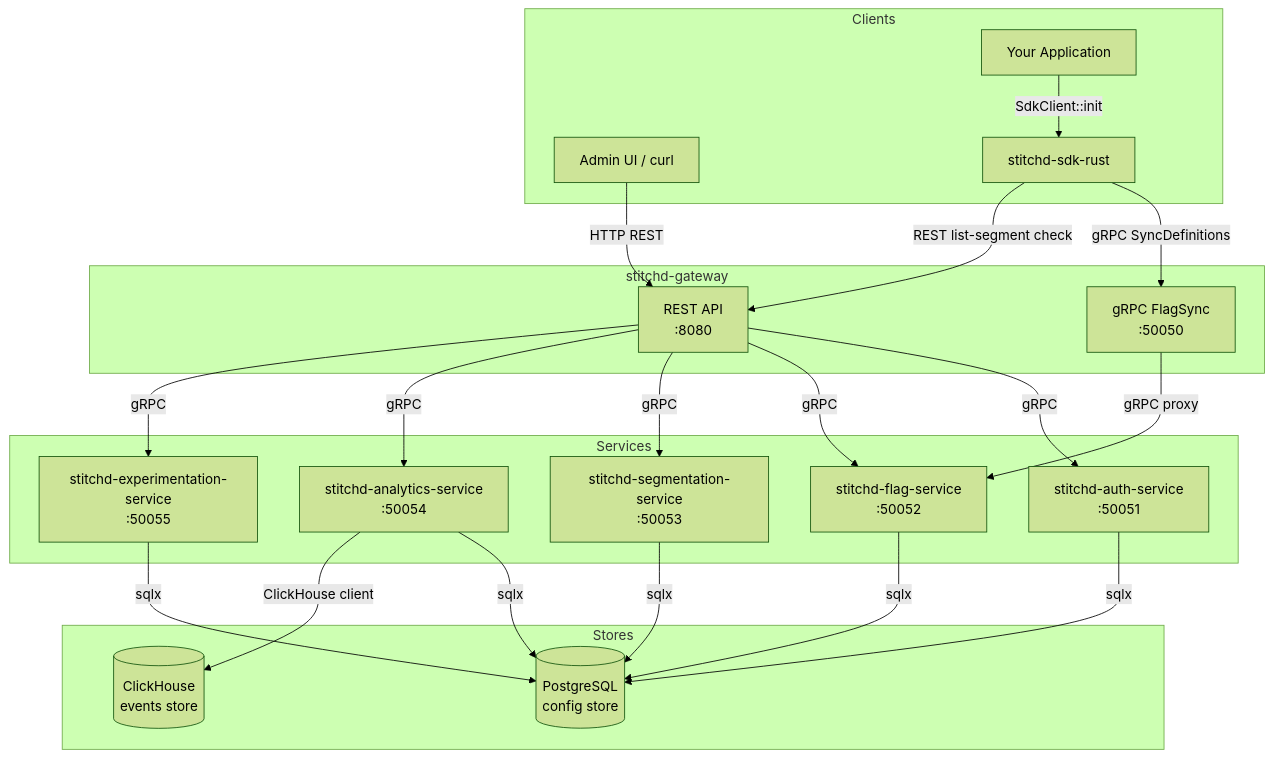
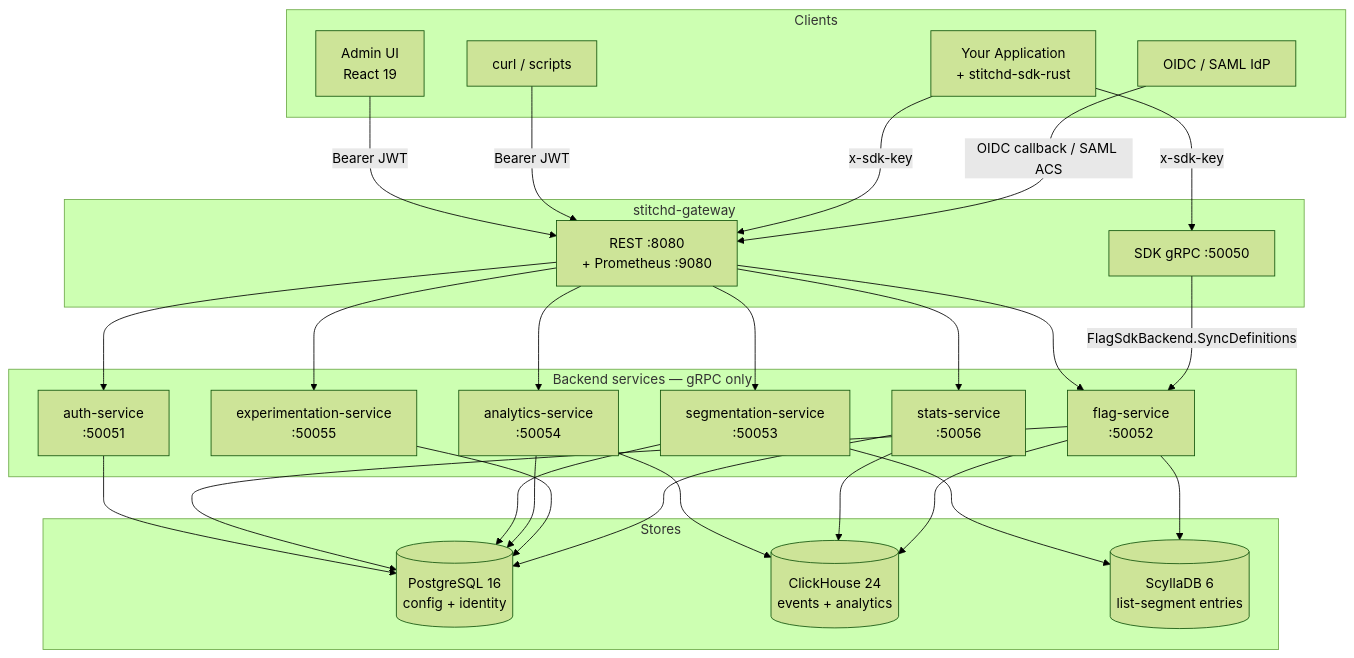
The diagram in docs/src/architecture/README.md (stitchd-dev/feature-flag), drawn with Mermaid (forest theme) before and after one commit. The commit also changed other lines of this file and 24 other files, not shown here.

````diff
--- a/docs/src/architecture/README.md
+++ b/docs/src/architecture/README.md
@@ -8,45 +9,56 @@
 ```mermaid
 graph TB
     subgraph Clients
-        AdminUI[Admin UI / curl]
-        App[Your Application]
-        SDK[stitchd-sdk-rust]
+        UI[Admin UI<br/>React 19]
+        CLI[curl / scripts]
+        APP[Your Application<br/>+ stitchd-sdk-rust]
+        IDP[OIDC / SAML IdP]
     end
 
     subgraph Gateway["stitchd-gateway"]
-        REST[REST API\n:8080]
-        GRPC_GW[gRPC FlagSync\n:50050]
+        REST[REST :8080<br/>+ Prometheus :9080]
+        SDKGRPC[SDK gRPC :50050]
     end
 
-    subgraph Services
-        AS[stitchd-auth-service\n:50051]
-        FS[stitchd-flag-service\n:50052]
-        SS[stitchd-segmentation-service\n:50053]
-        ANS[stitchd-analytics-service\n:50054]
-        XS[stitchd-experimentation-service\n:50055]
+    subgraph Backend["Backend services — gRPC only"]
+        AUTH[auth-service<br/>:50051]
+        FLAG[flag-service<br/>:50052]
+        SEG[segmentation-service<br/>:50053]
+        ANL[analytics-service<br/>:50054]
+        EXP[experimentation-service<br/>:50055]
+        ST[stats-service<br/>:50056]
     end
 
     subgraph Stores
-        PG[(PostgreSQL\nconfig store)]
-        CH[(ClickHouse\nevents store)]
+        PG[(PostgreSQL 16<br/>config + identity)]
+        CH[(ClickHouse 24<br/>events + analytics)]
+        SCY[(ScyllaDB 6<br/>list-segment entries)]
     end
 
-    AdminUI -->|HTTP REST| REST
-    App -->|SdkClient::init| SDK
-    SDK -->|gRPC SyncDefinitions| GRPC_GW
-    SDK -->|REST list-segment check| REST
+    UI -->|Bearer JWT| REST
+    CLI -->|Bearer JWT| REST
+    APP -->|x-sdk-key| REST
+    APP -->|x-sdk-key| SDKGRPC
+    IDP -->|OIDC callback / SAML ACS| REST
 
-    REST -->|gRPC| AS
-    REST -->|gRPC| FS
-    REST -->|gRPC| SS
-    REST -->|gRPC| ANS
-    REST -->|gRPC| XS
-    GRPC_GW -->|gRPC proxy| FS
+    REST --> AUTH
+    REST --> FLAG
+    REST --> SEG
+    REST --> ANL
+    REST --> EXP
+    REST --> ST
+    SDKGRPC -->|FlagSdkBackend.SyncDefinitions| FLAG
 
-    AS -->|sqlx| PG
-    FS -->|sqlx| PG
-    SS -->|sqlx| PG
-    XS -->|sqlx| PG
-    ANS -->|sqlx| PG
-    ANS -->|ClickHouse client| CH
+    AUTH --> PG
+    FLAG --> PG
+    SEG --> PG
+    ANL --> PG
+    EXP --> PG
+    ST --> PG
+
+    SEG --> SCY
+    FLAG --> SCY
+    ANL --> CH
+    ST --> CH
+    FLAG --> CH
 ```
````
